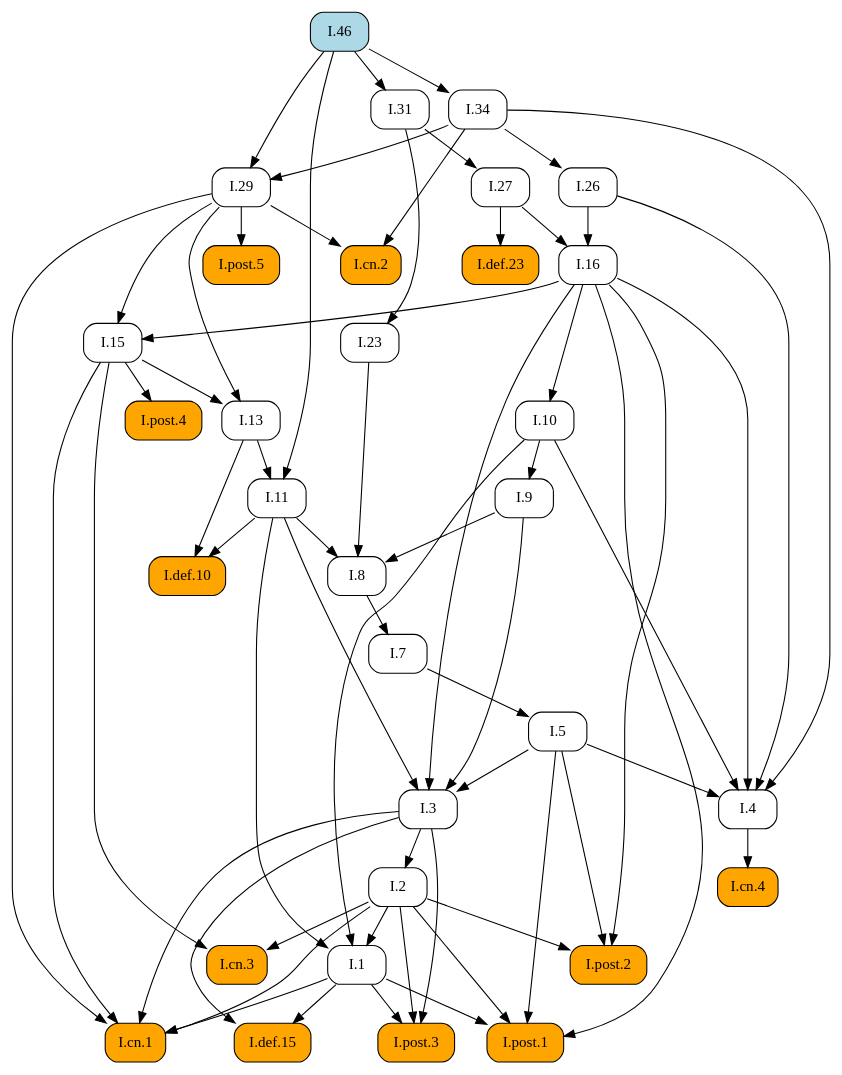
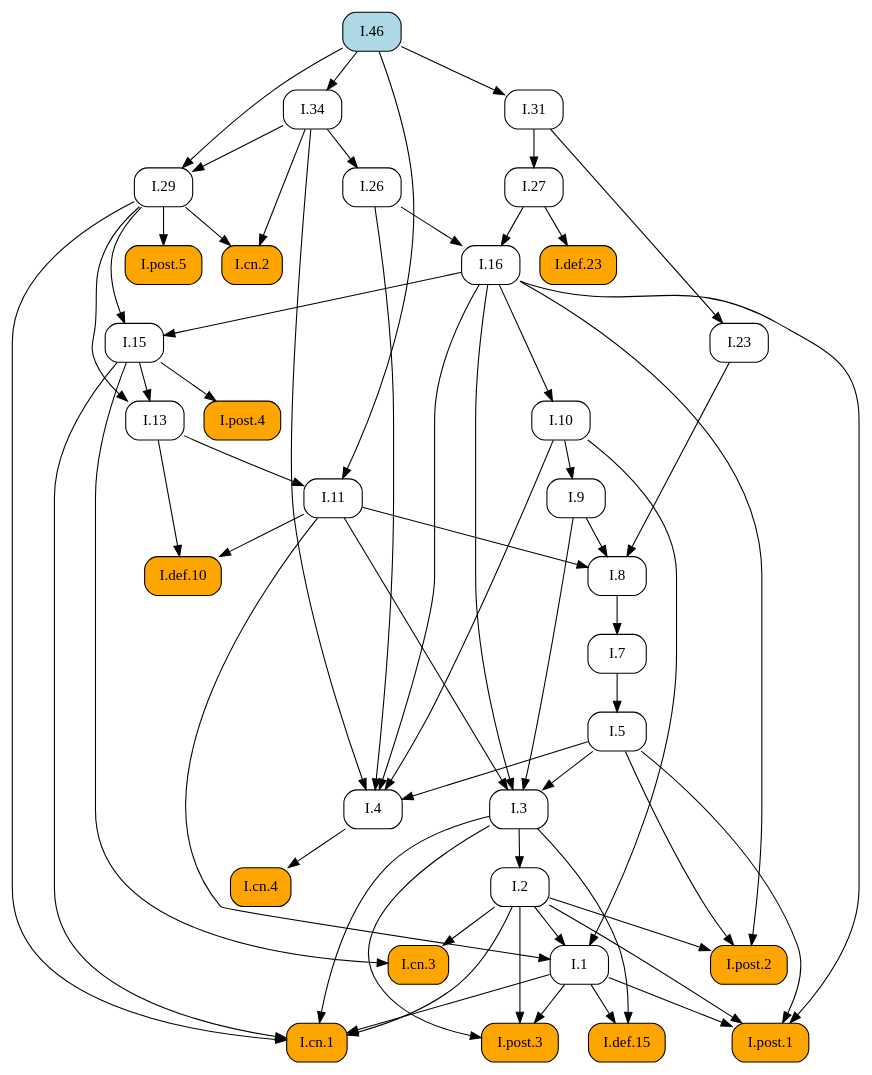
Before and after one commit to geometor/elements: the diagram in docsrc/elements2/I/46/index.rst, drawn with Graphviz. The commit also changed other lines of this file and 409 other files, not shown here.

First line of the commit message:
feat: Add image cropping and graphic extraction script

```diff
--- a/docsrc/elements2/I/46/index.rst
+++ b/docsrc/elements2/I/46/index.rst
@@ -66,98 +66,98 @@
    digraph {
      rankdir="TB";
      node [shape=box, style=rounded];
+     "I.def.15" [style="rounded,filled", fillcolor=orange, URL="/elements2/I/def.15/", target="_top"];
+     "I.46" [style="rounded,filled", fillcolor=lightblue, URL="/elements2/I/46/", target="_top"];
+     "I.31" [URL="/elements2/I/31/", target="_top"];
+     "I.def.10" [style="rounded,filled", fillcolor=orange, URL="/elements2/I/def.10/", target="_top"];
+     "I.11" [URL="/elements2/I/11/", target="_top"];
      "I.8" [URL="/elements2/I/8/", target="_top"];
-     "I.post.3" [style="rounded,filled", fillcolor=orange, URL="/elements2/I/post.3/", target="_top"];
-     "I.1" [URL="/elements2/I/1/", target="_top"];
-     "I.cn.3" [style="rounded,filled", fillcolor=orange, URL="/elements2/I/cn.3/", target="_top"];
-     "I.cn.4" [style="rounded,filled", fillcolor=orange, URL="/elements2/I/cn.4/", target="_top"];
-     "I.23" [URL="/elements2/I/23/", target="_top"];
-     "I.46" [style="rounded,filled", fillcolor=lightblue, URL="/elements2/I/46/", target="_top"];
-     "I.7" [URL="/elements2/I/7/", target="_top"];
-     "I.post.1" [style="rounded,filled", fillcolor=orange, URL="/elements2/I/post.1/", target="_top"];
-     "I.9" [URL="/elements2/I/9/", target="_top"];
+     "I.def.23" [style="rounded,filled", fillcolor=orange, URL="/elements2/I/def.23/", target="_top"];
+     "I.15" [URL="/elements2/I/15/", target="_top"];
      "I.5" [URL="/elements2/I/5/", target="_top"];
      "I.post.5" [style="rounded,filled", fillcolor=orange, URL="/elements2/I/post.5/", target="_top"];
+     "I.3" [URL="/elements2/I/3/", target="_top"];
+     "I.cn.2" [style="rounded,filled", fillcolor=orange, URL="/elements2/I/cn.2/", target="_top"];
+     "I.10" [URL="/elements2/I/10/", target="_top"];
+     "I.26" [URL="/elements2/I/26/", target="_top"];
      "I.cn.1" [style="rounded,filled", fillcolor=orange, URL="/elements2/I/cn.1/", target="_top"];
+     "I.cn.3" [style="rounded,filled", fillcolor=orange, URL="/elements2/I/cn.3/", target="_top"];
+     "I.13" [URL="/elements2/I/13/", target="_top"];
+     "I.4" [URL="/elements2/I/4/", target="_top"];
+     "I.post.3" [style="rounded,filled", fillcolor=orange, URL="/elements2/I/post.3/", target="_top"];
+     "I.7" [URL="/elements2/I/7/", target="_top"];
+     "I.9" [URL="/elements2/I/9/", target="_top"];
      "I.29" [URL="/elements2/I/29/", target="_top"];
-     "I.def.10" [style="rounded,filled", fillcolor=orange, URL="/elements2/I/def.10/", target="_top"];
+     "I.23" [URL="/elements2/I/23/", target="_top"];
+     "I.16" [URL="/elements2/I/16/", target="_top"];
+     "I.post.1" [style="rounded,filled", fillcolor=orange, URL="/elements2/I/post.1/", target="_top"];
+     "I.2" [URL="/elements2/I/2/", target="_top"];
+     "I.34" [URL="/elements2/I/34/", target="_top"];
+     "I.27" [URL="/elements2/I/27/", target="_top"];
+     "I.1" [URL="/elements2/I/1/", target="_top"];
      "I.post.4" [style="rounded,filled", fillcolor=orange, URL="/elements2/I/post.4/", target="_top"];
-     "I.16" [URL="/elements2/I/16/", target="_top"];
-     "I.cn.2" [style="rounded,filled", fillcolor=orange, URL="/elements2/I/cn.2/", target="_top"];
-     "I.13" [URL="/elements2/I/13/", target="_top"];
-     "I.2" [URL="/elements2/I/2/", target="_top"];
-     "I.27" [URL="/elements2/I/27/", target="_top"];
-     "I.def.15" [style="rounded,filled", fillcolor=orange, URL="/elements2/I/def.15/", target="_top"];
-     "I.4" [URL="/elements2/I/4/", target="_top"];
-     "I.31" [URL="/elements2/I/31/", target="_top"];
-     "I.11" [URL="/elements2/I/11/", target="_top"];
-     "I.10" [URL="/elements2/I/10/", target="_top"];
-     "I.15" [URL="/elements2/I/15/", target="_top"];
-     "I.3" [URL="/elements2/I/3/", target="_top"];
-     "I.def.23" [style="rounded,filled", fillcolor=orange, URL="/elements2/I/def.23/", target="_top"];
+     "I.cn.4" [style="rounded,filled", fillcolor=orange, URL="/elements2/I/cn.4/", target="_top"];
      "I.post.2" [style="rounded,filled", fillcolor=orange, URL="/elements2/I/post.2/", target="_top"];
-     "I.34" [URL="/elements2/I/34/", target="_top"];
-     "I.26" [URL="/elements2/I/26/", target="_top"];
+     "I.1" -> "I.def.15";
+     "I.3" -> "I.def.15";
+     "I.46" -> "I.31";
+     "I.11" -> "I.def.10";
+     "I.13" -> "I.def.10";
+     "I.13" -> "I.11";
+     "I.46" -> "I.11";
      "I.9" -> "I.8";
      "I.11" -> "I.8";
      "I.23" -> "I.8";
-     "I.1" -> "I.post.3";
-     "I.2" -> "I.post.3";
-     "I.3" -> "I.post.3";
-     "I.2" -> "I.1";
-     "I.10" -> "I.1";
-     "I.11" -> "I.1";
-     "I.2" -> "I.cn.3";
-     "I.15" -> "I.cn.3";
-     "I.4" -> "I.cn.4";
-     "I.31" -> "I.23";
-     "I.8" -> "I.7";
-     "I.1" -> "I.post.1";
-     "I.2" -> "I.post.1";
-     "I.5" -> "I.post.1";
-     "I.16" -> "I.post.1";
-     "I.10" -> "I.9";
+     "I.27" -> "I.def.23";
+     "I.16" -> "I.15";
+     "I.29" -> "I.15";
      "I.7" -> "I.5";
      "I.29" -> "I.post.5";
+     "I.5" -> "I.3";
+     "I.9" -> "I.3";
+     "I.11" -> "I.3";
+     "I.16" -> "I.3";
+     "I.29" -> "I.cn.2";
+     "I.34" -> "I.cn.2";
+     "I.16" -> "I.10";
+     "I.34" -> "I.26";
      "I.1" -> "I.cn.1";
      "I.2" -> "I.cn.1";
      "I.3" -> "I.cn.1";
      "I.15" -> "I.cn.1";
      "I.29" -> "I.cn.1";
-     "I.34" -> "I.29";
-     "I.46" -> "I.29";
-     "I.11" -> "I.def.10";
-     "I.13" -> "I.def.10";
-     "I.15" -> "I.post.4";
-     "I.26" -> "I.16";
-     "I.27" -> "I.16";
-     "I.29" -> "I.cn.2";
-     "I.34" -> "I.cn.2";
+     "I.2" -> "I.cn.3";
+     "I.15" -> "I.cn.3";
      "I.15" -> "I.13";
      "I.29" -> "I.13";
-     "I.3" -> "I.2";
-     "I.31" -> "I.27";
-     "I.1" -> "I.def.15";
-     "I.3" -> "I.def.15";
      "I.5" -> "I.4";
      "I.10" -> "I.4";
      "I.16" -> "I.4";
      "I.26" -> "I.4";
      "I.34" -> "I.4";
-     "I.46" -> "I.31";
-     "I.13" -> "I.11";
-     "I.46" -> "I.11";
-     "I.16" -> "I.10";
-     "I.16" -> "I.15";
-     "I.29" -> "I.15";
-     "I.5" -> "I.3";
-     "I.9" -> "I.3";
-     "I.11" -> "I.3";
-     "I.16" -> "I.3";
-     "I.27" -> "I.def.23";
+     "I.1" -> "I.post.3";
+     "I.2" -> "I.post.3";
+     "I.3" -> "I.post.3";
+     "I.8" -> "I.7";
+     "I.10" -> "I.9";
+     "I.34" -> "I.29";
+     "I.46" -> "I.29";
+     "I.31" -> "I.23";
+     "I.26" -> "I.16";
+     "I.27" -> "I.16";
+     "I.1" -> "I.post.1";
+     "I.2" -> "I.post.1";
+     "I.5" -> "I.post.1";
+     "I.16" -> "I.post.1";
+     "I.3" -> "I.2";
+     "I.46" -> "I.34";
+     "I.31" -> "I.27";
+     "I.2" -> "I.1";
+     "I.10" -> "I.1";
+     "I.11" -> "I.1";
+     "I.15" -> "I.post.4";
+     "I.4" -> "I.cn.4";
      "I.2" -> "I.post.2";
      "I.5" -> "I.post.2";
      "I.16" -> "I.post.2";
-     "I.46" -> "I.34";
-     "I.34" -> "I.26";
    }
```
